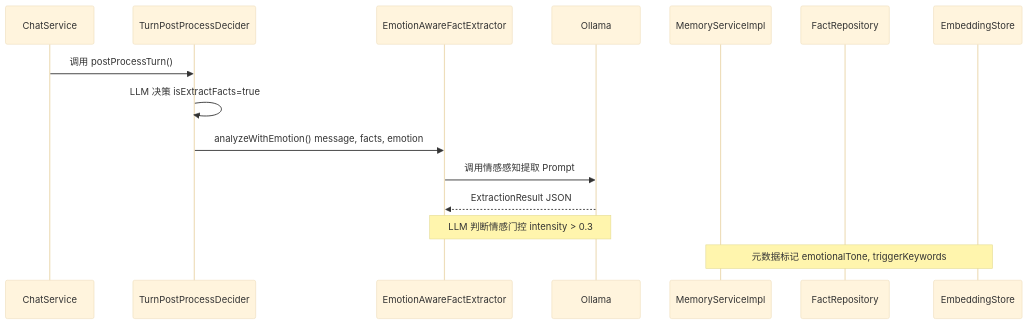
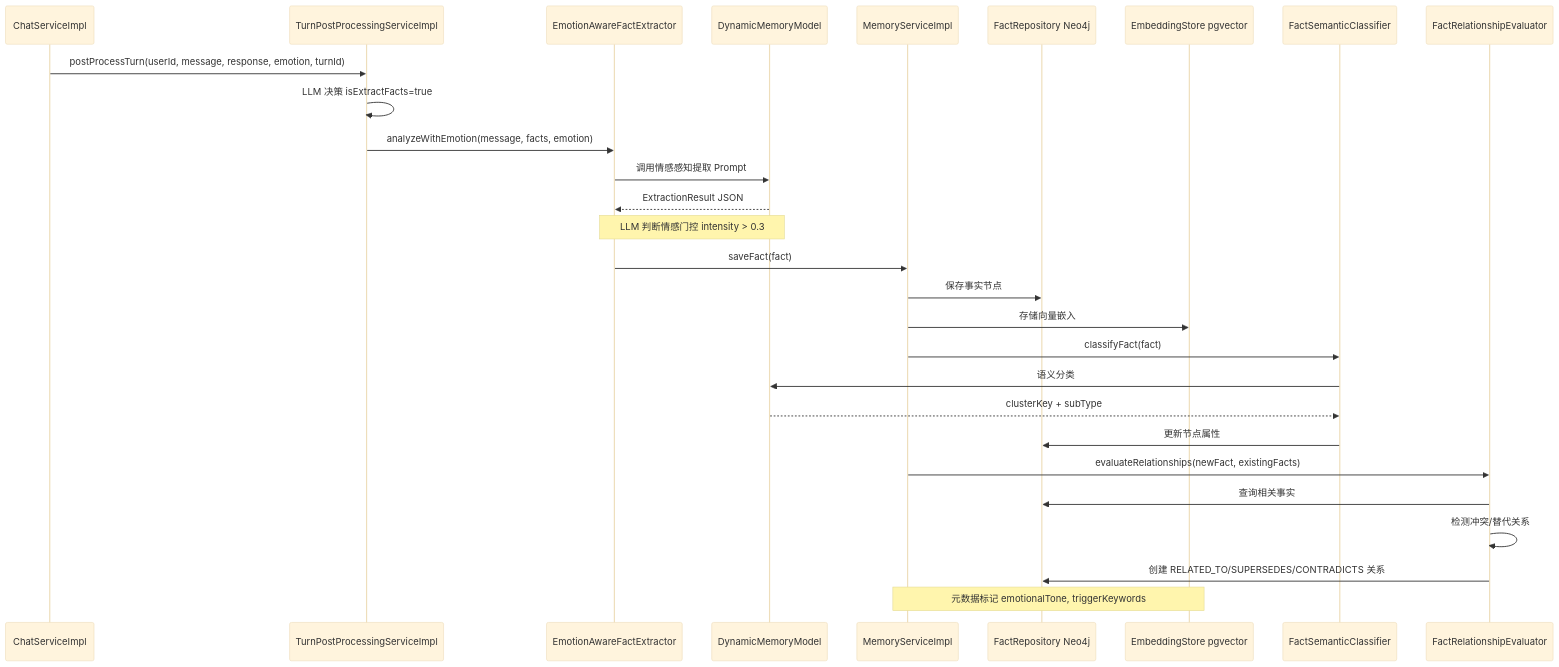
Diagram 11 of 27 in doc/系统架构设计文档.md (SailRuo/LingShu-AI), drawn with Mermaid (base theme) before and after one commit. The commit also changed other lines of this file and 2 other files, not shown here.

First line of the commit message:
docs(memory): 更新情感感知记忆系统设计文档至v3.0

````diff
--- a/doc/系统架构设计文档.md
+++ b/doc/系统架构设计文档.md
@@ -653,20 +742,37 @@
 ```mermaid
 sequenceDiagram
-    participant SM as ChatService
-    participant MP as TurnPostProcessDecider
+    participant CS as ChatServiceImpl
+    participant TPP as TurnPostProcessingServiceImpl
     participant EF as EmotionAwareFactExtractor
-    participant LLM as Ollama
+    participant LLM as DynamicMemoryModel
     participant MS as MemoryServiceImpl
-    participant FR as FactRepository
-    participant ES as EmbeddingStore
+    participant FR as FactRepository Neo4j
+    participant ES as EmbeddingStore pgvector
+    participant SC as FactSemanticClassifier
+    participant FRE as FactRelationshipEvaluator
     
-    SM->>MP: 调用 postProcessTurn()
-    MP->>MP: LLM 决策 isExtractFacts=true
+    CS->>TPP: postProcessTurn(userId, message, response, emotion, turnId)
+    TPP->>TPP: LLM 决策 isExtractFacts=true
     
-    MP->>EF: analyzeWithEmotion() message, facts, emotion
+    TPP->>EF: analyzeWithEmotion(message, facts, emotion)
     EF->>LLM: 调用情感感知提取 Prompt
     LLM-->>EF: ExtractionResult JSON
     
     Note over EF,LLM: LLM 判断情感门控 intensity > 0.3
+    
+    EF->>MS: saveFact(fact)
+    MS->>FR: 保存事实节点
+    MS->>ES: 存储向量嵌入
+    
+    MS->>SC: classifyFact(fact)
+    SC->>LLM: 语义分类
+    LLM-->>SC: clusterKey + subType
+    SC->>FR: 更新节点属性
+    
+    MS->>FRE: evaluateRelationships(newFact, existingFacts)
+    FRE->>FR: 查询相关事实
+    FRE->>FRE: 检测冲突/替代关系
+    FRE->>FR: 创建 RELATED_TO/SUPERSEDES/CONTRADICTS 关系
+    
     Note over MS,ES: 元数据标记 emotionalTone, triggerKeywords
 ```
````
